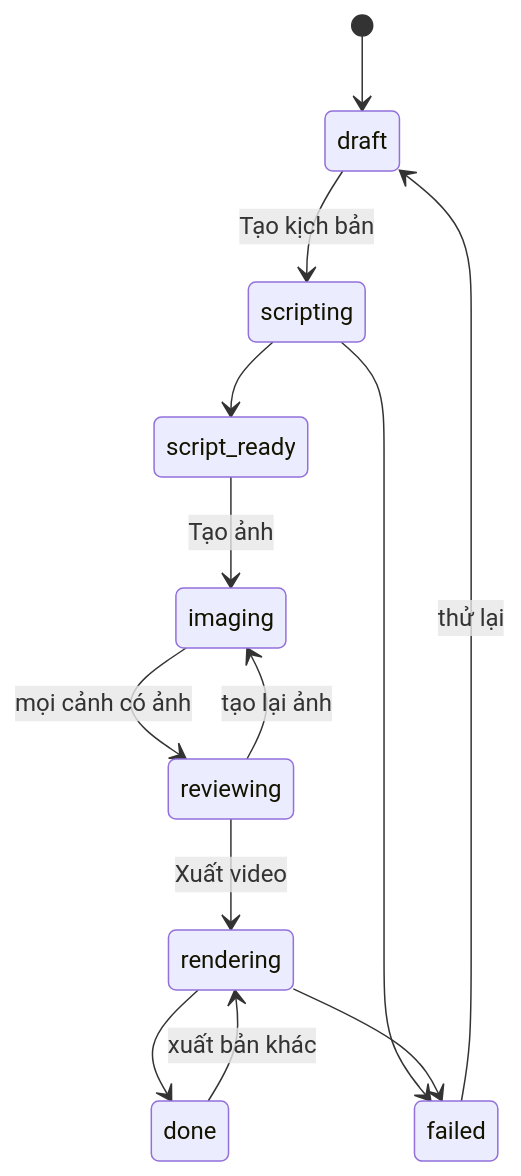
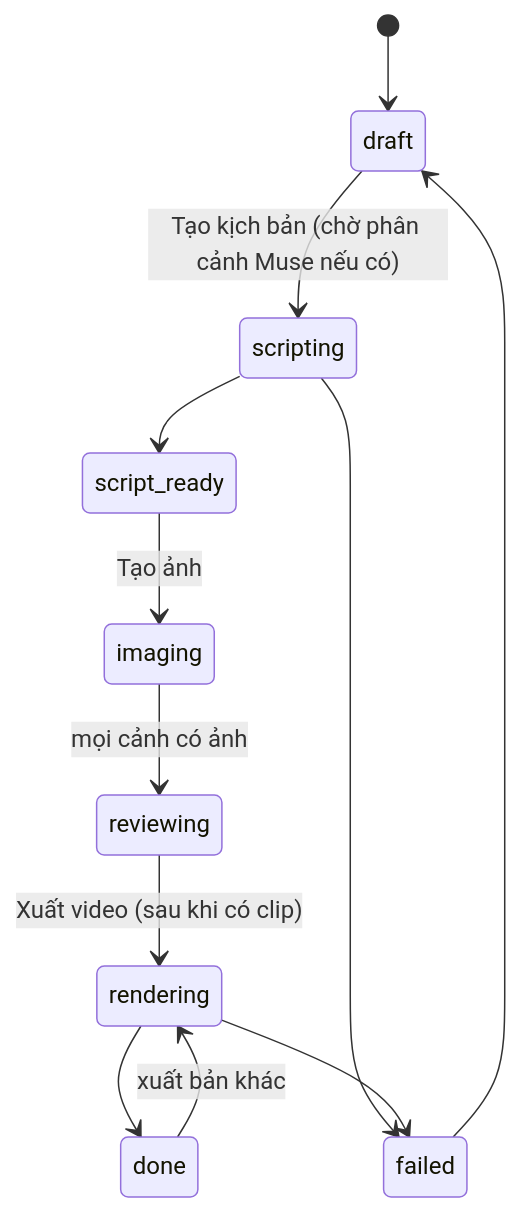
Before and after one commit to nguyenthanhthuc2000/video-aff-repo: the second of 2 diagrams in docs/thiet-ke.md, drawn with Mermaid. The commit also changed other lines of this file and 11 other files, not shown here.

````diff
--- a/docs/thiet-ke.md
+++ b/docs/thiet-ke.md
@@ -59,15 +64,14 @@
 ```mermaid
 stateDiagram-v2
     [*] --> draft
-    draft --> scripting: Tạo kịch bản
+    draft --> scripting: Tạo kịch bản (chờ phân cảnh Muse nếu có)
     scripting --> script_ready
-    scripting --> failed
     script_ready --> imaging: Tạo ảnh
     imaging --> reviewing: mọi cảnh có ảnh
-    reviewing --> imaging: tạo lại ảnh
-    reviewing --> rendering: Xuất video
+    reviewing --> rendering: Xuất video (sau khi có clip)
     rendering --> done
+    scripting --> failed
     rendering --> failed
-    failed --> draft: thử lại
+    failed --> draft
     done --> rendering: xuất bản khác
 ```
````
